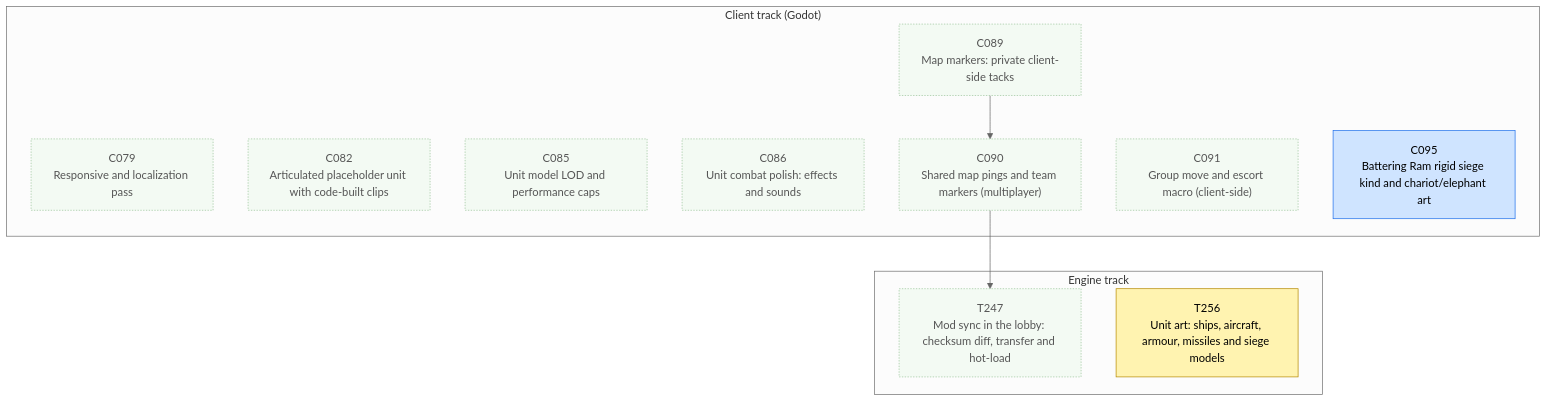
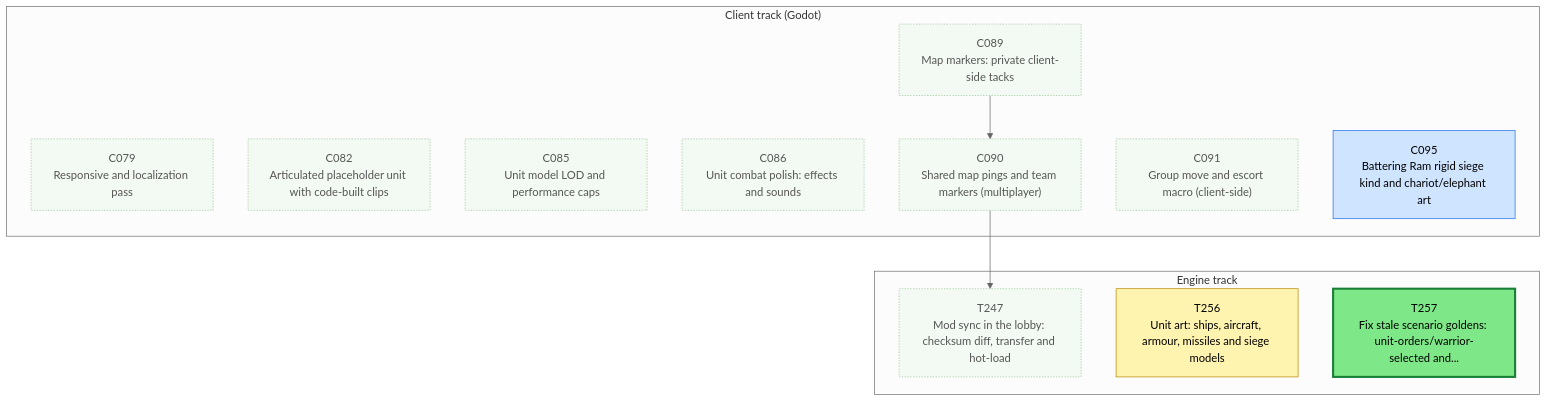
The first of 3 diagrams in csharp/migration/DEPENDENCY_MAP.md (Kenmura/Unciv), drawn with Mermaid (neutral theme) before and after one commit. The commit also changed other lines of this file and 1 other file, not shown here.

First line of the commit message:
migration: file T257 stale scenario goldens

````diff
--- a/csharp/migration/DEPENDENCY_MAP.md
+++ b/csharp/migration/DEPENDENCY_MAP.md
@@ -25,36 +25,38 @@
 ```mermaid
 flowchart TD
   subgraph TTRACK["Engine track"]
     T247["T247<br/>Mod sync in the lobby: checksum diff, transfer and hot-load"]
     T256["T256<br/>Unit art: ships, aircraft, armour, missiles and siege models"]
+    T257["T257<br/>Fix stale scenario goldens: unit-orders/warrior-selected and..."]
   end
   subgraph CTRACK["Client track (Godot)"]
     C079["C079<br/>Responsive and localization pass"]
     C082["C082<br/>Articulated placeholder unit with code-built clips"]
     C085["C085<br/>Unit model LOD and performance caps"]
     C086["C086<br/>Unit combat polish: effects and sounds"]
     C089["C089<br/>Map markers: private client-side tacks"]
     C090["C090<br/>Shared map pings and team markers (multiplayer)"]
     C091["C091<br/>Group move and escort macro (client-side)"]
     C095["C095<br/>Battering Ram rigid siege kind and chariot/elephant art"]
   end
   C090 --> T247
   C089 --> C090
   classDef waiting fill:#f3faf3,stroke:#9bc49b,color:#555,stroke-dasharray:2 2
   classDef ondeck fill:#ffe8cc,stroke:#e8590c,stroke-width:3px,color:#000
   classDef ready fill:#7ee787,stroke:#1a7f37,stroke-width:3px,color:#000
   classDef prog fill:#fff3b0,stroke:#b58900,color:#000
   classDef review fill:#cfe4ff,stroke:#1f6feb,color:#000
   classDef blocked fill:#ffd6d6,stroke:#c62828,color:#000
   classDef done fill:#eeeeee,stroke:#999999,color:#666,stroke-dasharray:4 3
   class C079 waiting
   class C082 waiting
   class C085 waiting
   class C086 waiting
   class C089 waiting
   class C090 waiting
   class C091 waiting
   class C095 review
   class T247 waiting
   class T256 prog
+  class T257 ready
 ```
````
